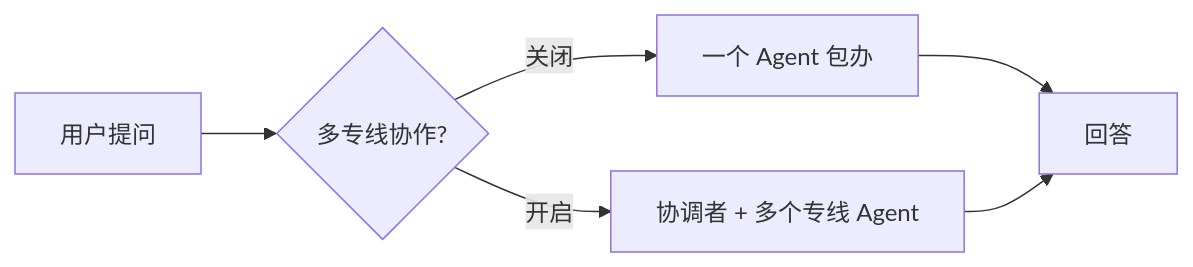
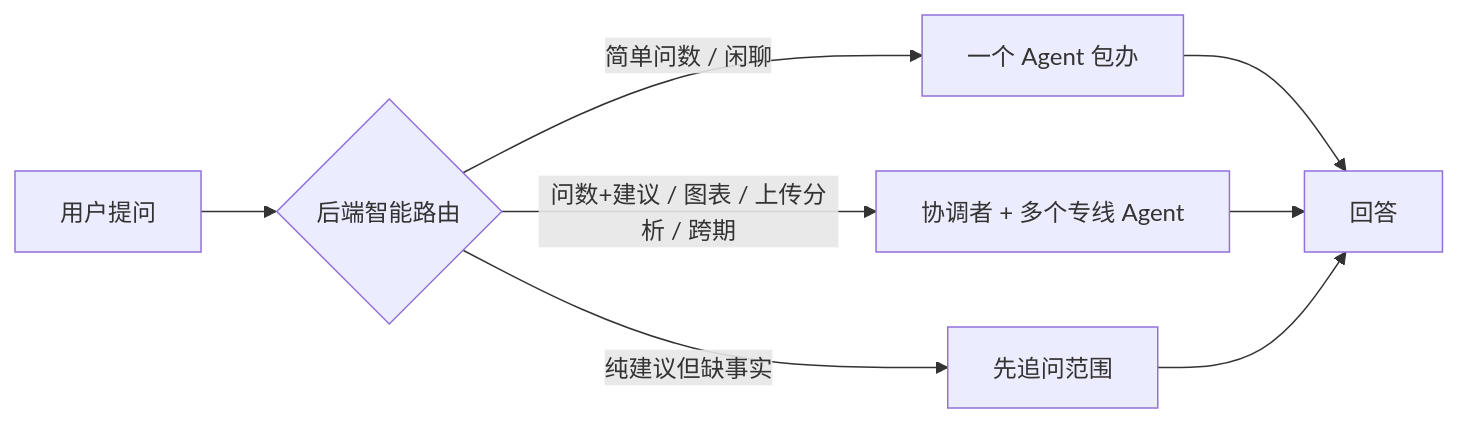
The fourth of 5 diagrams in docs/guide/agent-flow.md (secary/chat-bi), drawn with Mermaid before and after one commit. The commit also changed other lines of this file and 3 other files, not shown here.

````diff
--- a/docs/guide/agent-flow.md
+++ b/docs/guide/agent-flow.md
@@ -71,8 +71,10 @@
 ```mermaid
 flowchart LR
-    Q[用户提问] --> SW{多专线协作?}
-    SW -->|关闭| ONE[一个 Agent 包办]
-    SW -->|开启| MULTI[协调者 + 多个专线 Agent]
+    Q[用户提问] --> SW{后端智能路由}
+    SW -->|简单问数 / 闲聊| ONE[一个 Agent 包办]
+    SW -->|问数+建议 / 图表 / 上传分析 / 跨期| MULTI[协调者 + 多个专线 Agent]
+    SW -->|纯建议但缺事实| ASK[先追问范围]
     ONE --> ANS[回答]
     MULTI --> ANS
+    ASK --> ANS
 ```
````
